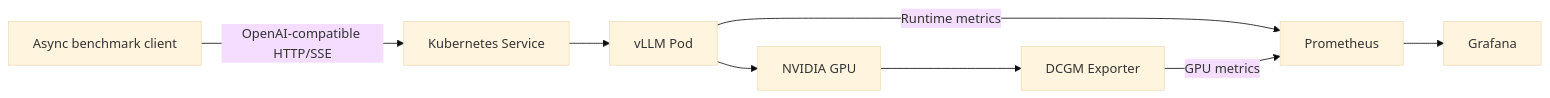
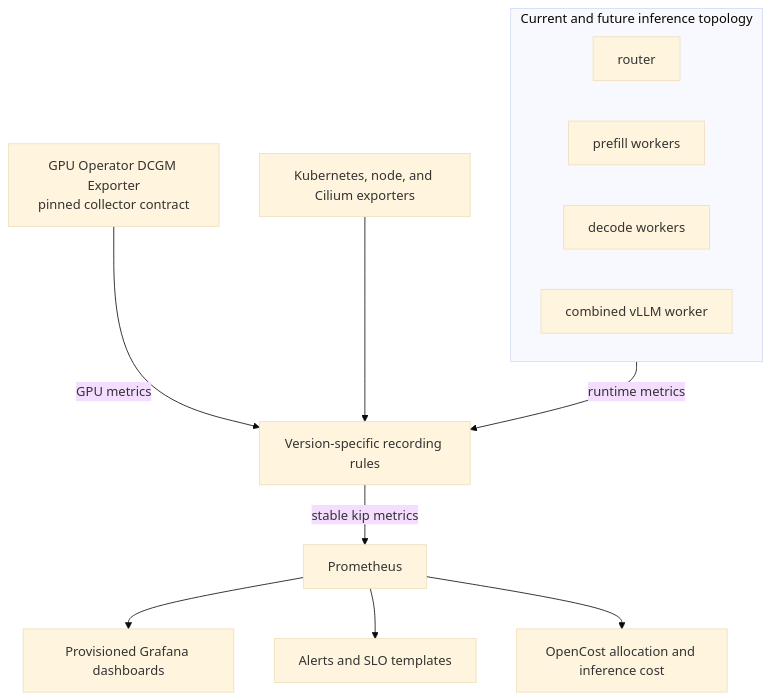
One commit to Ayobami-00/kube-inference-platform changed the third of 3 diagrams in docs/architecture.md. Above: the diagram before and after it, drawn with Mermaid (base theme). The commit also changed other lines of this file and 76 other files, not shown here.

````diff
--- a/docs/architecture.md
+++ b/docs/architecture.md
@@ -35,11 +80,17 @@
 ```mermaid
-flowchart LR
-    Bench[Async benchmark client] -->|OpenAI-compatible HTTP/SSE| Service[Kubernetes Service]
-    Service --> VLLM[vLLM Pod]
-    VLLM --> GPU[NVIDIA GPU]
+flowchart TB
+    subgraph Workloads[Current and future inference topology]
+        Router[router]
+        Prefill[prefill workers]
+        Decode[decode workers]
+        Combined[combined vLLM worker]
+    end
 
-    VLLM -->|Runtime metrics| Prometheus[Prometheus]
-    GPU --> DCGM[DCGM Exporter]
-    DCGM -->|GPU metrics| Prometheus
-    Prometheus --> Grafana[Grafana]
+    Workloads -->|runtime metrics| Adapter[Version-specific recording rules]
+    DCGM[GPU Operator DCGM Exporter<br/>pinned collector contract] -->|GPU metrics| Adapter
+    Kube[Kubernetes, node, and Cilium exporters] --> Adapter
+    Adapter -->|stable kip metrics| Prometheus[Prometheus]
+    Prometheus --> Grafana[Provisioned Grafana dashboards]
+    Prometheus --> Rules[Alerts and SLO templates]
+    Prometheus --> OpenCost[OpenCost allocation and inference cost]
 ```
````
